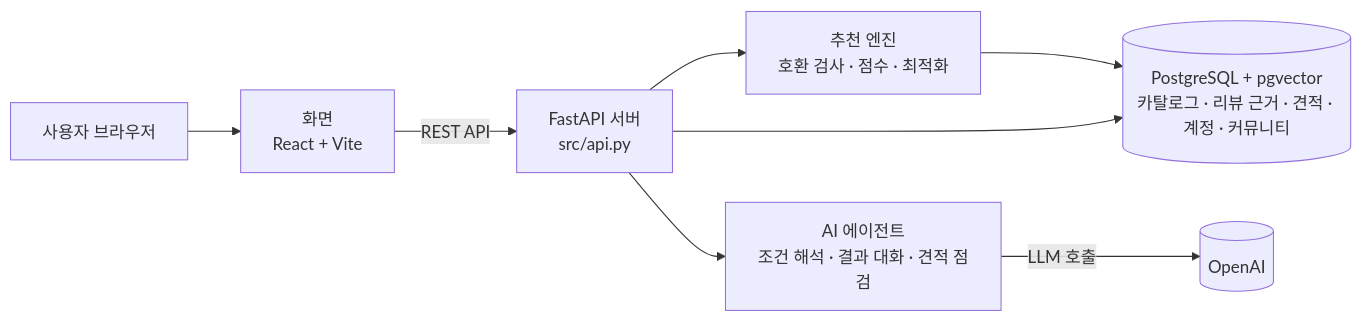
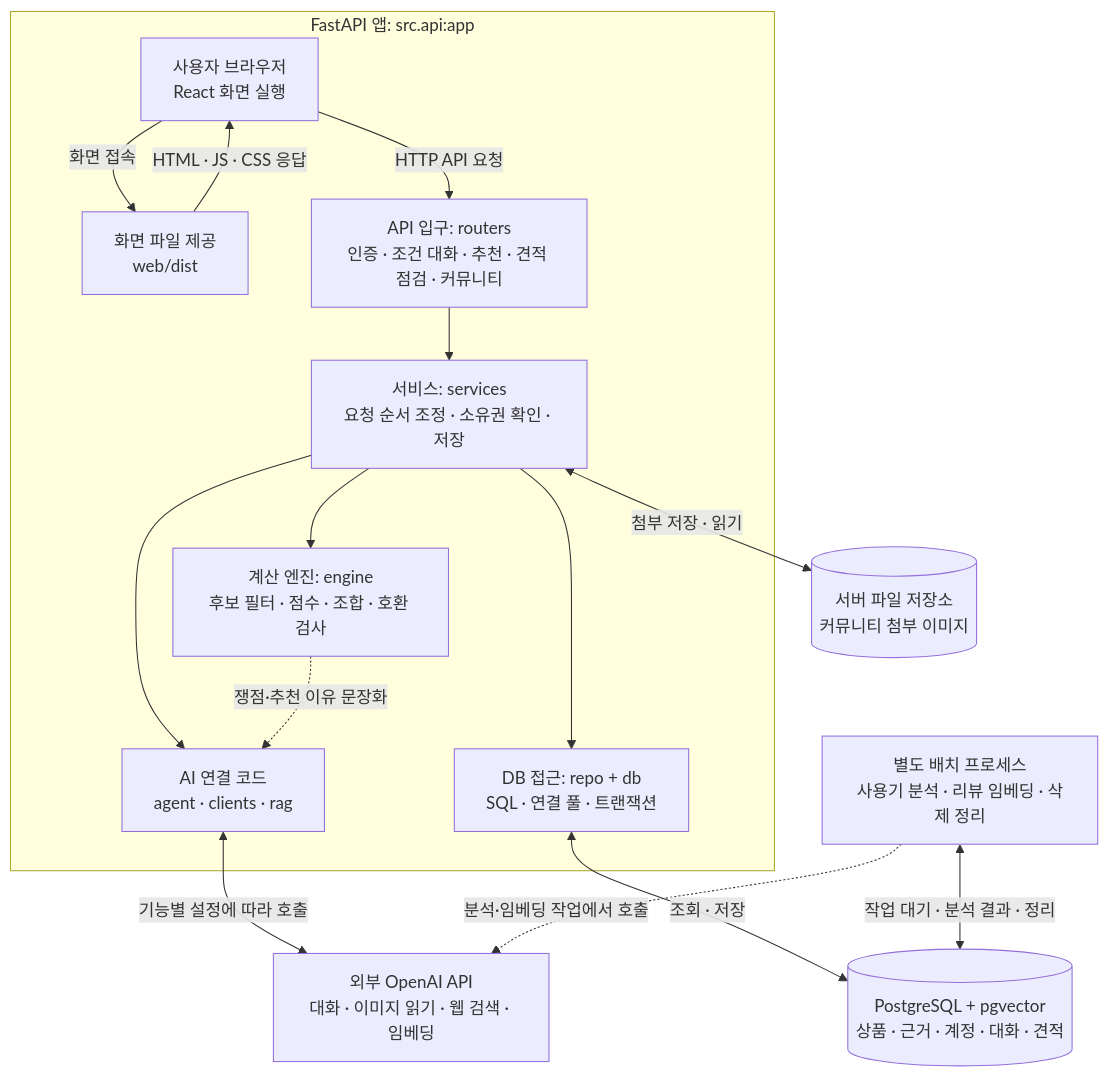
The diagram in README.md (greenmdw/skn_final), drawn with Mermaid before and after one commit. The commit also changed other lines of this file and 14 other files, not shown here.

````diff
--- a/README.md
+++ b/README.md
@@ -240,10 +153,29 @@
 ```mermaid
-flowchart LR
-    U[사용자 브라우저] --> W[화면<br/>React + Vite]
-    W -->|REST API| A[FastAPI 서버<br/>src/api.py]
-    A --> E[추천 엔진<br/>호환 검사 · 점수 · 최적화]
-    A --> G[AI 에이전트<br/>조건 해석 · 결과 대화 · 견적 점검]
-    G -->|LLM 호출| L[(OpenAI)]
-    E --> D[(PostgreSQL + pgvector<br/>카탈로그 · 리뷰 근거 · 견적 · 계정 · 커뮤니티)]
-    A --> D
+flowchart TB
+    U["사용자 브라우저<br/>React 화면 실행"]
+    subgraph APP["FastAPI 앱: src.api:app"]
+        WEB["화면 파일 제공<br/>web/dist"]
+        API["API 입구: routers<br/>인증 · 조건 대화 · 추천 · 견적 점검 · 커뮤니티"]
+        SVC["서비스: services<br/>요청 순서 조정 · 소유권 확인 · 저장"]
+        ENG["계산 엔진: engine<br/>후보 필터 · 점수 · 조합 · 호환 검사"]
+        AI["AI 연결 코드<br/>agent · clients · rag"]
+        REPO["DB 접근: repo + db<br/>SQL · 연결 풀 · 트랜잭션"]
+        WEB -->|"HTML · JS · CSS 응답"| U
+        API --> SVC
+        SVC --> ENG
+        SVC --> AI
+        ENG -.->|"쟁점·추천 이유 문장화"| AI
+        SVC --> REPO
+    end
+    DB[("PostgreSQL + pgvector<br/>상품 · 근거 · 계정 · 대화 · 견적")]
+    FILES[("서버 파일 저장소<br/>커뮤니티 첨부 이미지")]
+    OAI["외부 OpenAI API<br/>대화 · 이미지 읽기 · 웹 검색 · 임베딩"]
+    BG["별도 배치 프로세스<br/>사용기 분석 · 리뷰 임베딩 · 삭제 정리"]
+    U -->|"화면 접속"| WEB
+    U -->|"HTTP API 요청"| API
+    REPO <-->|"조회 · 저장"| DB
+    SVC <-->|"첨부 저장 · 읽기"| FILES
+    AI <-->|"기능별 설정에 따라 호출"| OAI
+    BG <-->|"작업 대기 · 분석 결과 · 정리"| DB
+    BG -.->|"분석·임베딩 작업에서 호출"| OAI
 ```
````
